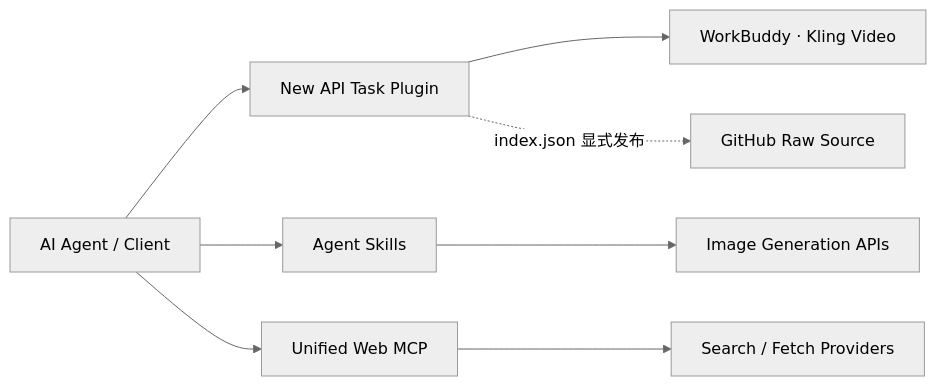
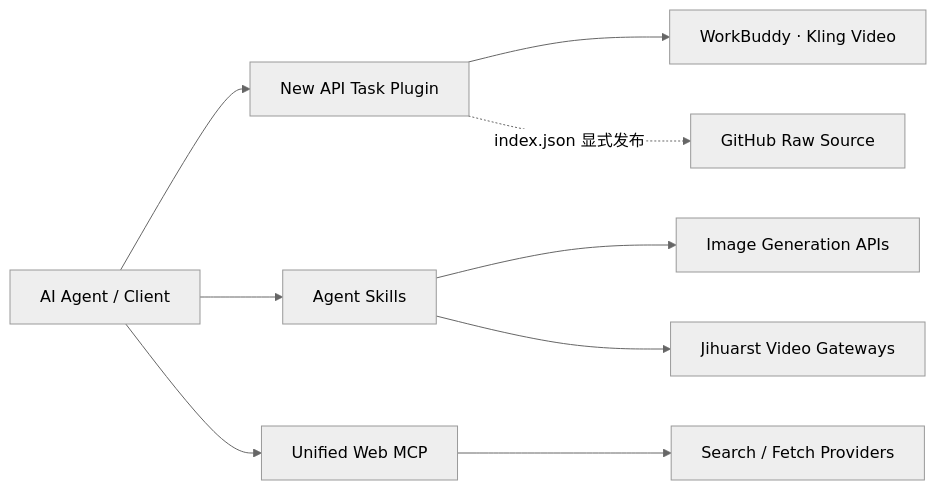
One commit to HeWenbin-bobo/new-api-plugins changed the diagram in README.md. Above: the diagram before and after it, drawn with Mermaid (neutral theme). The commit also changed other lines of this file and 1 other file, not shown here.

First line of the commit message:
docs: document client ZIP downloads and the video skill

````diff
--- a/README.md
+++ b/README.md
@@ -28,12 +43,13 @@
 ```mermaid
 flowchart LR
     U[AI Agent / Client] --> P[New API Task Plugin]
     U --> S[Agent Skills]
     U --> M[Unified Web MCP]
 
     P --> W[WorkBuddy · Kling Video]
     S --> I[Image Generation APIs]
+    S --> V[Jihuarst Video Gateways]
     M --> R[Search / Fetch Providers]
 
     P -. "index.json 显式发布" .-> G[GitHub Raw Source]
 ```
````
